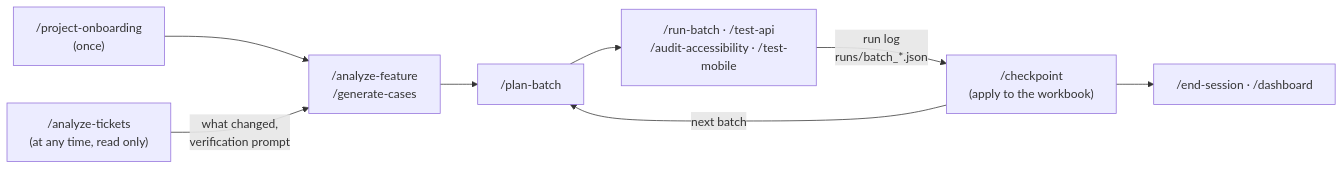
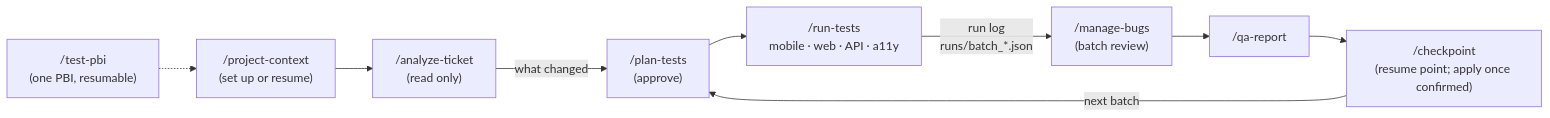
One commit to palmeida98/qa-assistant changed the diagram in README.md. Above: the diagram before and after it, drawn with Mermaid. The commit also changed other lines of this file and 108 other files, not shown here.

````diff
--- a/README.md
+++ b/README.md
@@ -86,10 +86,11 @@
 ```mermaid
 flowchart LR
-  O["/project-onboarding<br/>(once)"] --> A["/analyze-feature<br/>/generate-cases"]
-  T["/analyze-tickets<br/>(at any time, read only)"] -->|"what changed,<br/>verification prompt"| A
-  A --> P["/plan-batch"]
-  P --> E["/run-batch · /test-api<br/>/audit-accessibility · /test-mobile"]
-  E -->|"run log<br/>runs/batch_*.json"| C["/checkpoint<br/>(apply to the workbook)"]
+  O["/project-context<br/>(set up or resume)"] --> T["/analyze-ticket<br/>(read only)"]
+  T -->|"what changed"| P["/plan-tests<br/>(approve)"]
+  P --> E["/run-tests<br/>mobile · web · API · a11y"]
+  E -->|"run log<br/>runs/batch_*.json"| B["/manage-bugs<br/>(batch review)"]
+  B --> R["/qa-report"]
+  R --> C["/checkpoint<br/>(resume point; apply once confirmed)"]
   C -->|next batch| P
-  C --> F["/end-session · /dashboard"]
+  X["/test-pbi<br/>(one PBI, resumable)"] -.-> O
 ```
````
